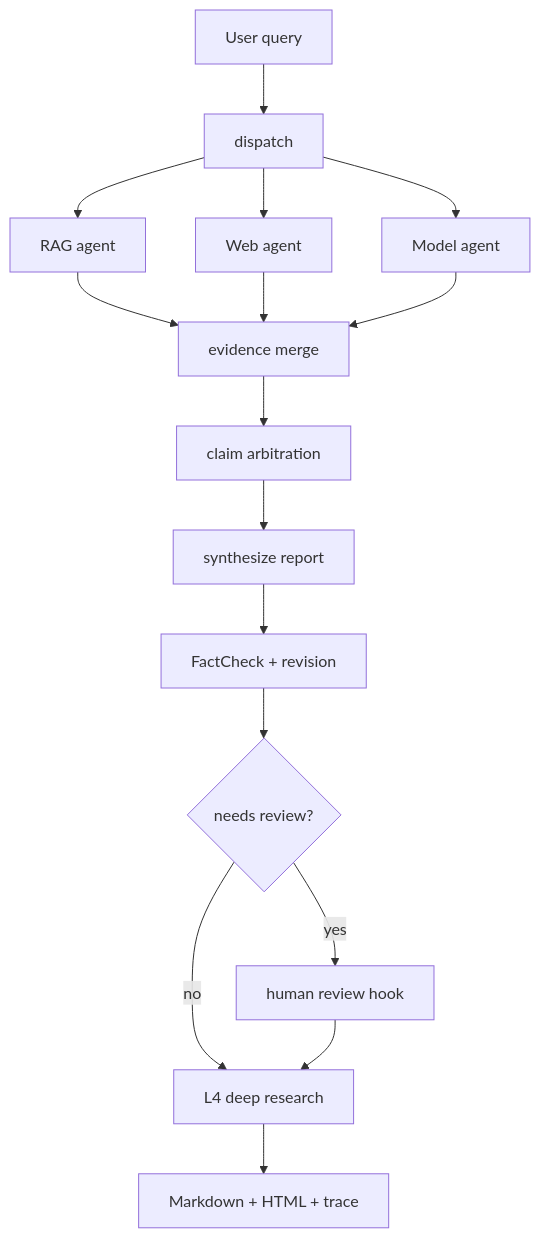
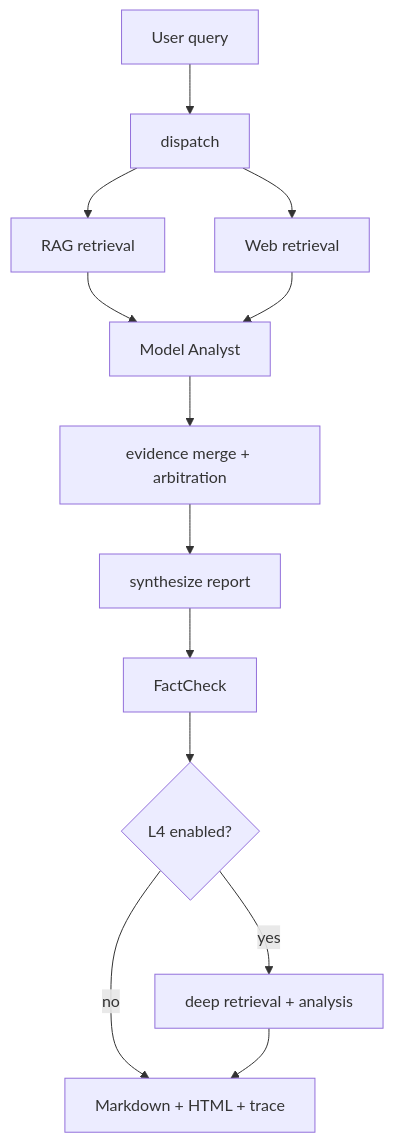
One commit to plutoqz/Conflux changed the diagram in README.md. Above: the diagram before and after it, drawn with Mermaid. The commit also changed other lines of this file and 71 other files, not shown here.

````diff
--- a/README.md
+++ b/README.md
@@ -22,18 +22,15 @@
 ```mermaid
 flowchart TD
     Q["User query"] --> D["dispatch"]
-    D --> R["RAG agent"]
-    D --> W["Web agent"]
-    D --> M["Model agent"]
-    R --> E["evidence merge"]
-    W --> E
-    M --> E
-    E --> A["claim arbitration"]
-    A --> S["synthesize report"]
-    S --> F["FactCheck + revision"]
-    F --> H{"needs review?"}
-    H -->|yes| U["human review hook"]
-    H -->|no| L["L4 deep research"]
-    U --> L
-    L --> O["Markdown + HTML + trace"]
+    D --> R["RAG retrieval"]
+    D --> W["Web retrieval"]
+    R --> M["Model Analyst"]
+    W --> M
+    M --> E["evidence merge + arbitration"]
+    E --> S["synthesize report"]
+    S --> F["FactCheck"]
+    F --> L{"L4 enabled?"}
+    L -->|yes| U["deep retrieval + analysis"]
+    L -->|no| O["Markdown + HTML + trace"]
+    U --> O
 ```
````
